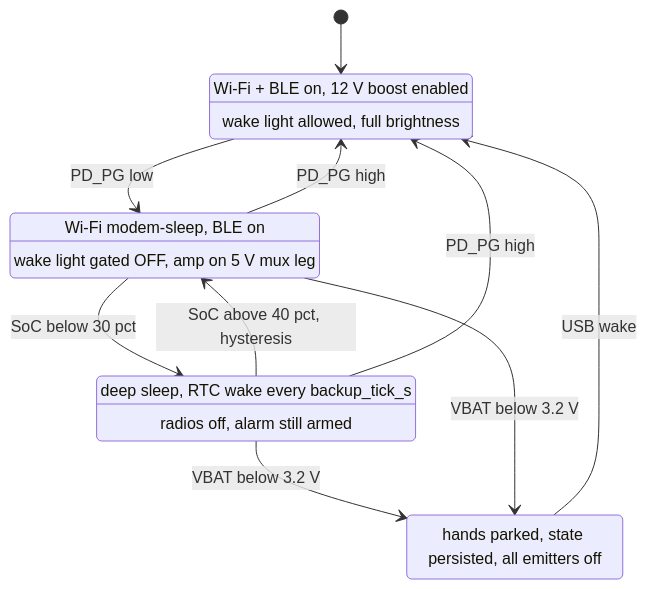
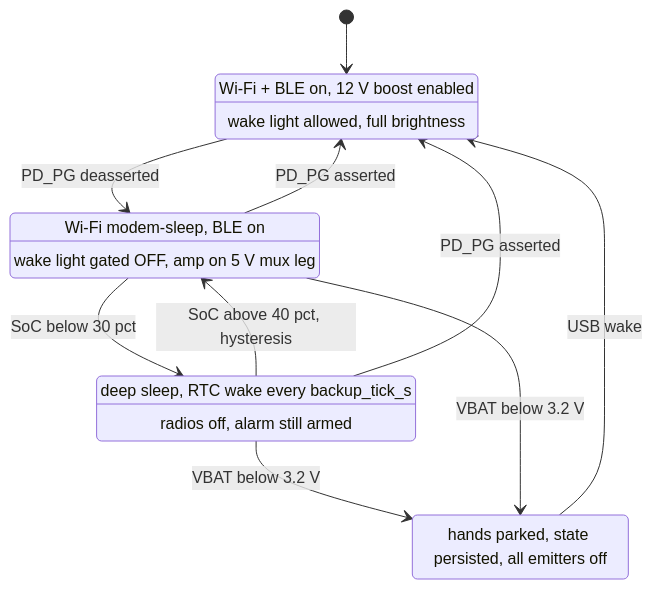
One commit to tibm/clock changed the sixth of 8 diagrams in FIRMWARE.md. Above: the diagram before and after it, drawn with Mermaid. The commit also changed other lines of this file and 3 other files, not shown here.

````diff
--- a/FIRMWARE.md
+++ b/FIRMWARE.md
@@ -1567,20 +1577,20 @@
 ```mermaid
 stateDiagram-v2
     [*] --> Plugged
-    Plugged --> Battery : PD_PG low
-    Battery --> Plugged : PD_PG high
+    Plugged --> Battery : PD_PG deasserted
+    Battery --> Plugged : PD_PG asserted
     Battery --> BatteryLow : SoC below 30 pct
     BatteryLow --> Battery : SoC above 40 pct, hysteresis
-    BatteryLow --> Plugged : PD_PG high
+    BatteryLow --> Plugged : PD_PG asserted
     BatteryLow --> Shutdown : VBAT below 3.2 V
     Battery --> Shutdown : VBAT below 3.2 V
     Shutdown --> Plugged : USB wake
 
     Plugged : Wi-Fi + BLE on, 12 V boost enabled
     Plugged : wake light allowed, full brightness
     Battery : Wi-Fi modem-sleep, BLE on
     Battery : wake light gated OFF, amp on 5 V mux leg
     BatteryLow : deep sleep, RTC wake every backup_tick_s
     BatteryLow : radios off, alarm still armed
     Shutdown : hands parked, state persisted, all emitters off
 ```
````
